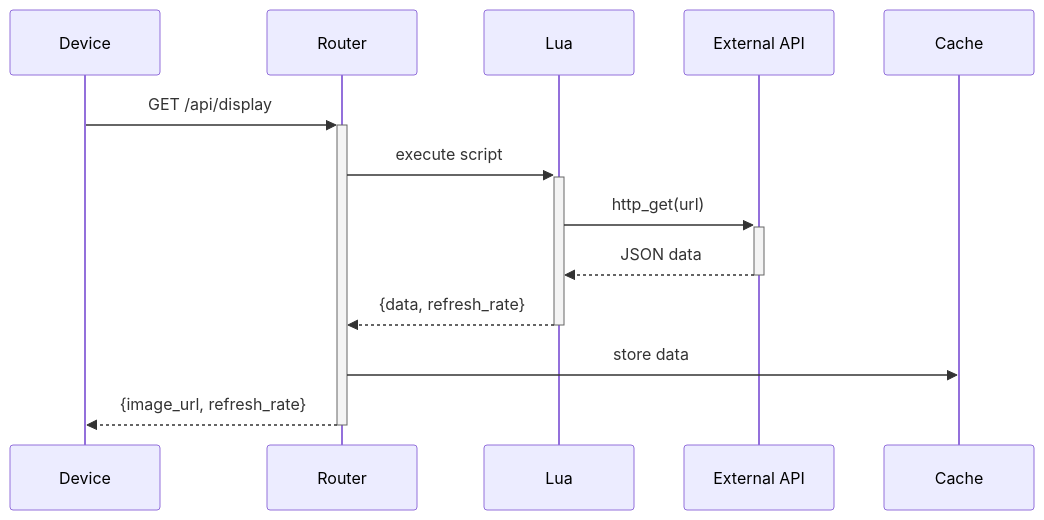
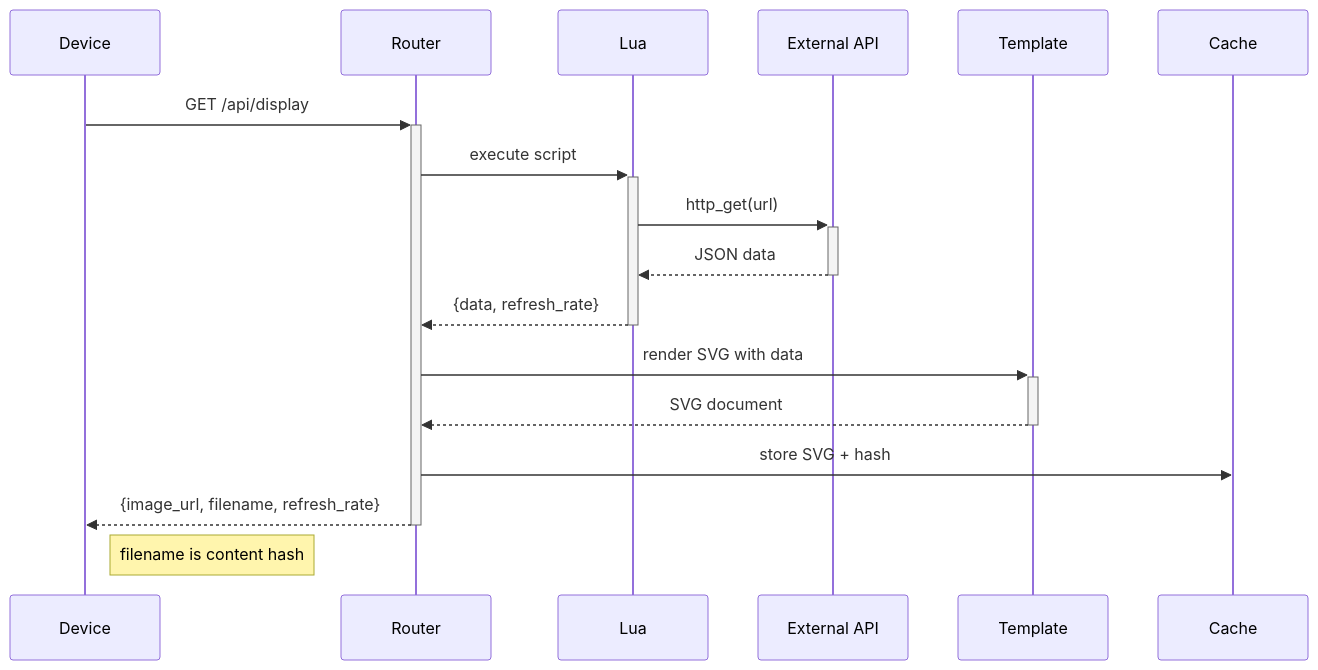
One commit to oetiker/byonk changed the third of 4 diagrams in docs/src/concepts/architecture.md. Above: the diagram before and after it, drawn with Mermaid. The commit also changed other lines of this file and 6 other files, not shown here.

First line of the commit message:
Add content-based filename hash for TRMNL change detection

````diff
--- a/docs/src/concepts/architecture.md
+++ b/docs/src/concepts/architecture.md
@@ -113,16 +113,20 @@
 ```mermaid
 sequenceDiagram
     participant Device
     participant Router
     participant Lua
     participant API as External API
+    participant Template
     participant Cache
 
     Device->>+Router: GET /api/display
     Router->>+Lua: execute script
     Lua->>+API: http_get(url)
     API-->>-Lua: JSON data
     Lua-->>-Router: {data, refresh_rate}
-    Router->>Cache: store data
-    Router-->>-Device: {image_url, refresh_rate}
+    Router->>+Template: render SVG with data
+    Template-->>-Router: SVG document
+    Router->>Cache: store SVG + hash
+    Router-->>-Device: {image_url, filename, refresh_rate}
+    Note right of Device: filename is content hash
 ```
````
